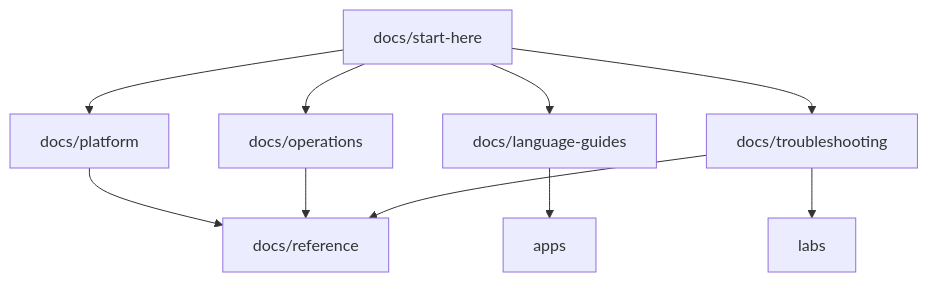
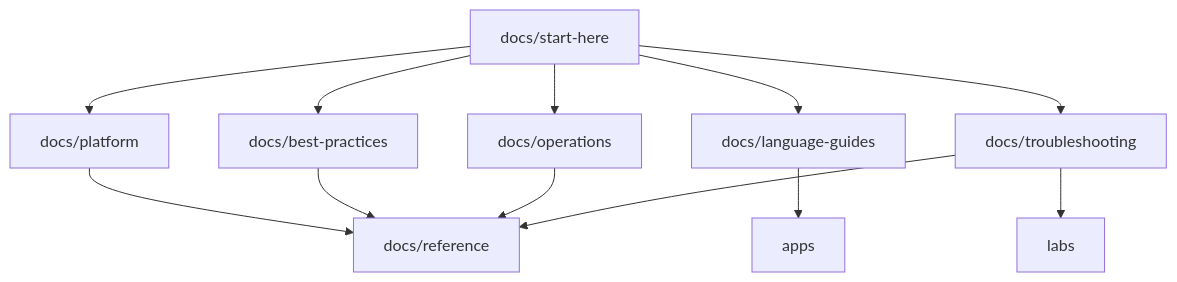
Before and after one commit to yeongseon/azure-app-service-practical-guide: the diagram in docs/start-here/repository-map.md, drawn with Mermaid. The commit also changed other lines of this file and 81 other files, not shown here.

Commit message:
feat: add best practices section, upgrade all 16 playbooks and 10 lab guides with real Azure evidence, add troubleshooting decision tree/evidence map/mental model, update nav and meta docs

````diff
--- a/docs/start-here/repository-map.md
+++ b/docs/start-here/repository-map.md
@@ -38,12 +40,14 @@
 ```mermaid
 graph TD
     A[docs/start-here] --> B[docs/platform]
+    A --> BP[docs/best-practices]
     A --> C[docs/language-guides]
     A --> D[docs/operations]
     A --> E[docs/troubleshooting]
     B --> F[docs/reference]
+    BP --> F
     C --> G[apps]
     E --> H[labs]
     D --> F
     E --> F
 ```
````
